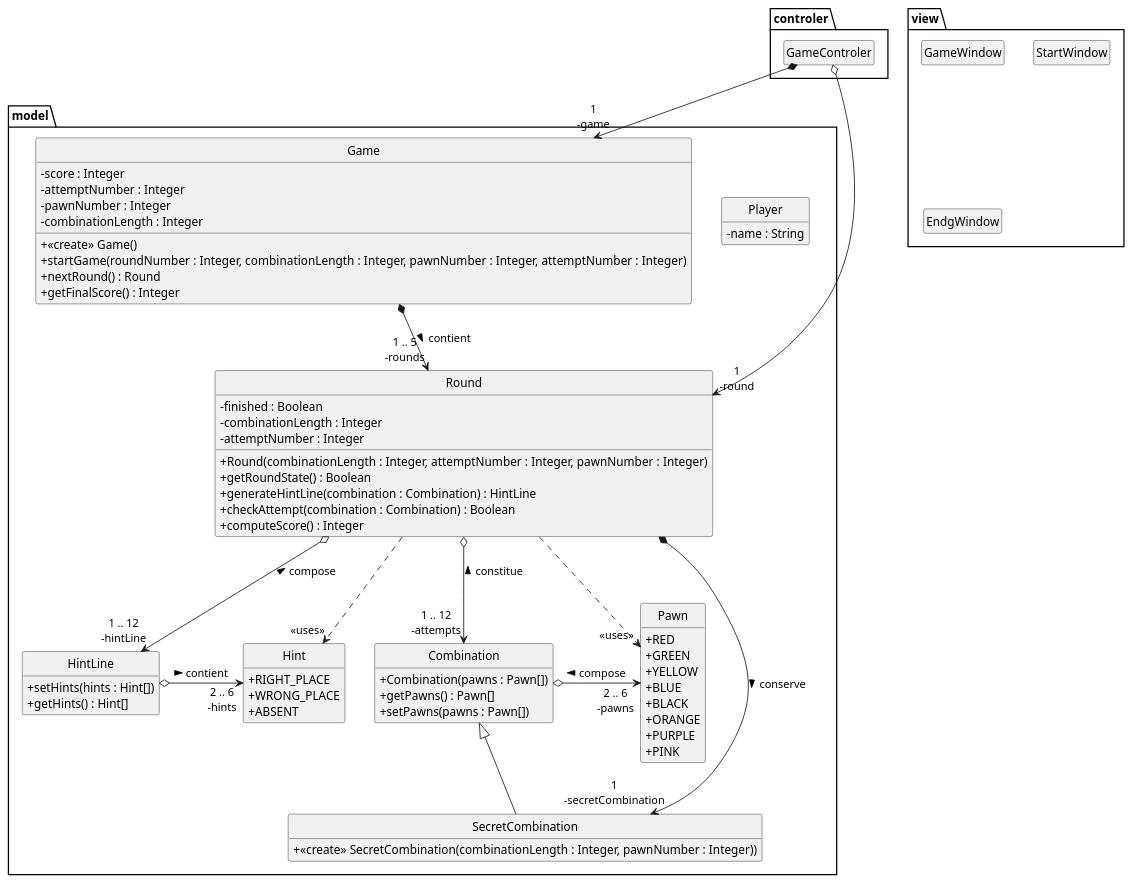
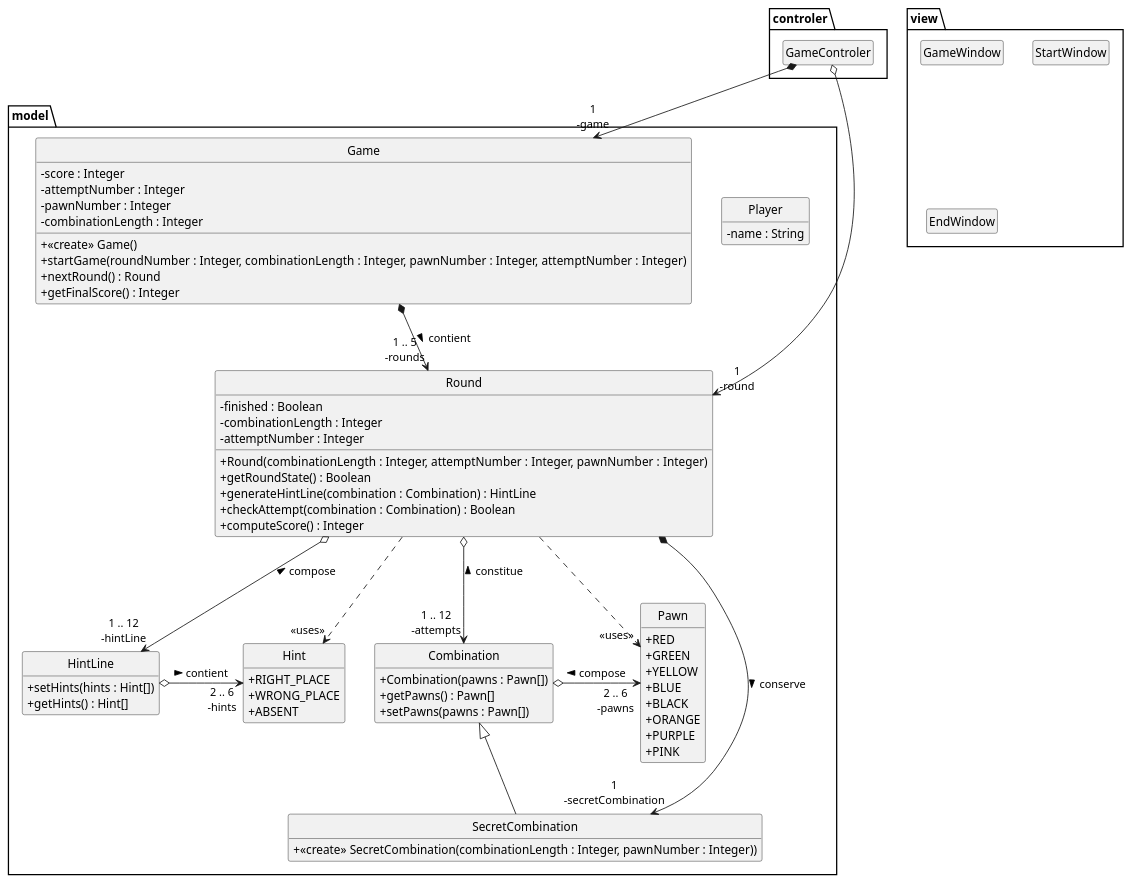
The diagram in mastermindSauvegardeAvantModif.puml (SamuelMarsault/Mastermind), drawn with PlantUML before and after one commit. The commit also changed 12 other files, not shown here.

```diff
--- a/mastermindSauvegardeAvantModif.puml
+++ b/mastermindSauvegardeAvantModif.puml
@@ -1,84 +1,84 @@
 @startuml
 skinparam style strictuml
 skinparam classAttributeIconSize 0
 hide enum methods
 hide empty members
 
 class model.Player {
     - name : String
 }
 
 class controler.GameControler {
 
 }
 
 class view.GameWindow
 class view.StartWindow
-class view.EndgWindow
+class view.EndWindow
 
 enum model.Pawn {
     + RED
     + GREEN
     + YELLOW
     + BLUE
     + BLACK
     + ORANGE
     + PURPLE
     + PINK
 }
 
 class model.Round {
     - finished : Boolean
     - combinationLength : Integer
     - attemptNumber : Integer
     + Round(combinationLength : Integer, attemptNumber : Integer, pawnNumber : Integer)
     + getRoundState() : Boolean
     + generateHintLine(combination : Combination) : HintLine
     + checkAttempt(combination : Combination) : Boolean
     + computeScore() : Integer
 }
 
 class model.SecretCombination extends model.Combination{
     + <<create>> SecretCombination(combinationLength : Integer, pawnNumber : Integer))
 }
 
 class model.Combination {
     + Combination(pawns : Pawn[])
     + getPawns() : Pawn[]
     + setPawns(pawns : Pawn[])
 }
 
 class model.HintLine {
     + setHints(hints : Hint[])
     + getHints() : Hint[]
 }
 
 class model.Game {
     - score : Integer
     - attemptNumber : Integer
     - pawnNumber : Integer
     - combinationLength : Integer
     + <<create>> Game()
     + startGame(roundNumber : Integer, combinationLength : Integer, pawnNumber : Integer, attemptNumber : Integer)
     + nextRound() : Round
     + getFinalScore() : Integer
 }
 
 enum model.Hint {
     + RIGHT_PLACE
     + WRONG_PLACE
     + ABSENT
 }
 
 model.Round *--> "1\n-secretCombination" model.SecretCombination : conserve >
 model.Round o--> "1 .. 12\n-attempts" model.Combination : constitue <
 model.Round o--> "1 .. 12\n-hintLine" model.HintLine : < compose
 model.Round ..> "<<uses>>" model.Hint
 model.Round ..> "<<uses>>" model.Pawn
 model.HintLine o-> "2 .. 6\n-hints" model.Hint : contient >
 model.Game *--> "1 .. 5\n-rounds" model.Round : contient >
 model.Combination o-> "2 .. 6\n-pawns" model.Pawn : compose <
 controler.GameControler *--> "1\n-game" model.Game
 controler.GameControler o--> "1\n-round" model.Round
 
 @enduml
```
